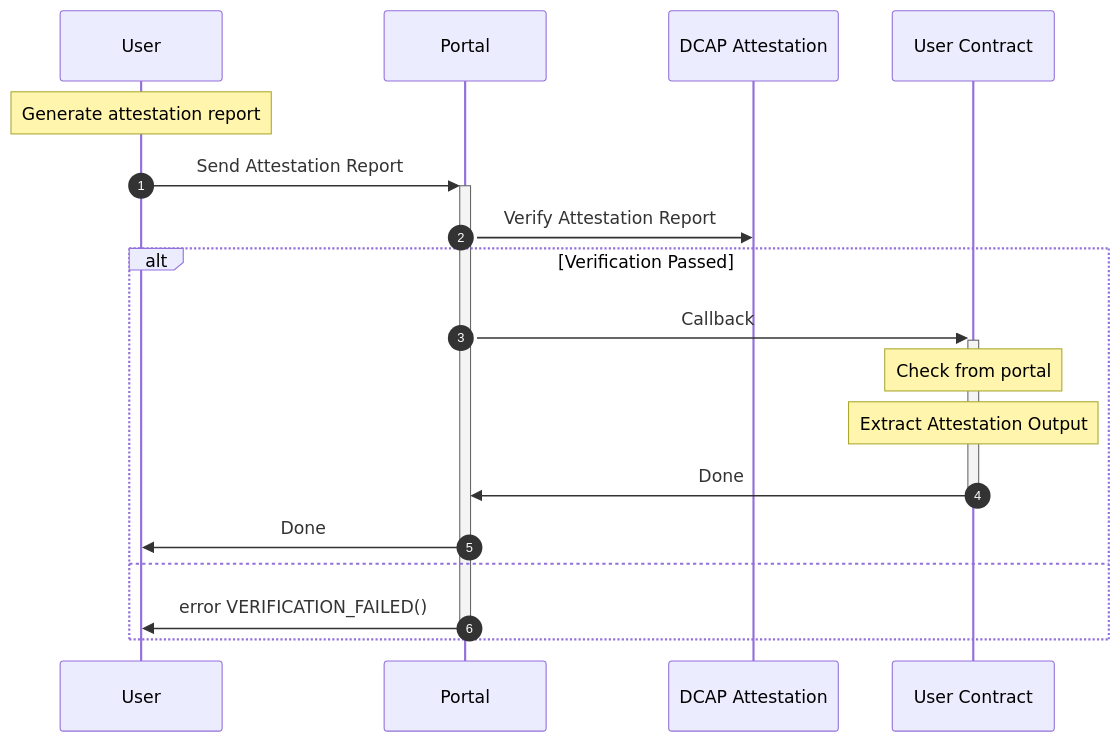
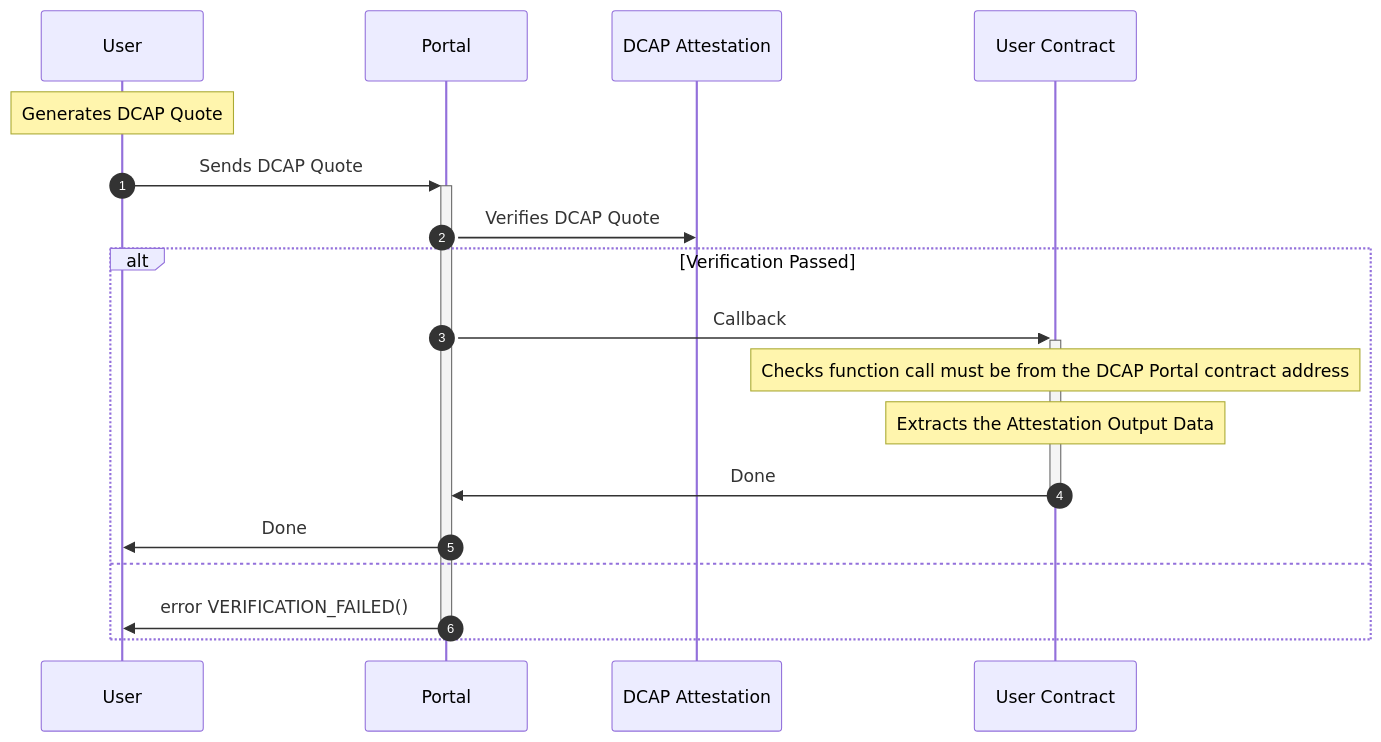
The diagram in packages/dcap-portal/README.md (automata-network/dcap-sdk), drawn with Mermaid before and after one commit. The commit also changed other lines of this file, not shown here.

````diff
--- a/packages/dcap-portal/README.md
+++ b/packages/dcap-portal/README.md
@@ -21,21 +23,21 @@
 ```mermaid
 sequenceDiagram
   autonumber
     participant U as User
     participant P as Portal
     participant A as DCAP Attestation
     participant C as User Contract
     
-note over U: Generate attestation report
-U->>+P: Send Attestation Report
-P->>A: Verify Attestation Report
+note over U: Generates DCAP Quote
+U->>+P: Sends DCAP Quote
+P->>A: Verifies DCAP Quote
 alt Verification Passed
 	P->>+C: Callback
-    note over C: Check from portal
-    note over C: Extract Attestation Output
+    note over C: Checks function call must be from the DCAP Portal contract address
+    note over C: Extracts the Attestation Output Data
     C->>-P: Done
 	P->>U: Done
 else
 	P->>-U: error VERIFICATION_FAILED()
 end
 ```
````
